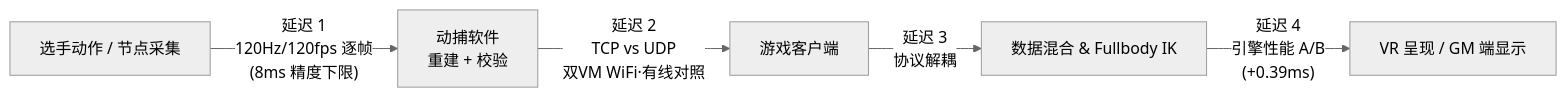
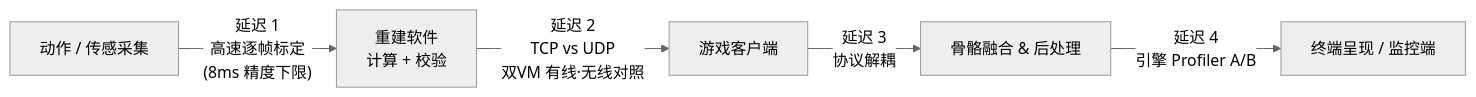
The diagram in 04-systems-benchmark-and-governance/README.md (feng46430-cloud/ai-engineering-portfolio), drawn with Mermaid (neutral theme) before and after one commit. The commit also changed other lines of this file and 14 other files, not shown here.

````diff
--- a/04-systems-benchmark-and-governance/README.md
+++ b/04-systems-benchmark-and-governance/README.md
@@ -24,7 +30,7 @@
 ```mermaid
 flowchart LR
-    P["选手动作 / 节点采集"] -- "延迟 1<br/>120Hz/120fps 逐帧<br/>(8ms 精度下限)" --> SW["动捕软件<br/>重建 + 校验"]
-    SW -- "延迟 2<br/>TCP vs UDP<br/>双VM WiFi·有线对照" --> G["游戏客户端"]
-    G -- "延迟 3<br/>协议解耦" --> IK["数据混合 & Fullbody IK"]
-    IK -- "延迟 4<br/>引擎性能 A/B<br/>(+0.39ms)" --> VR["VR 呈现 / GM 端显示"]
+    P["动作 / 传感采集"] -- "延迟 1<br/>高速逐帧标定<br/>(8ms 精度下限)" --> SW["重建软件<br/>计算 + 校验"]
+    SW -- "延迟 2<br/>TCP vs UDP<br/>双VM 有线·无线对照" --> G["游戏客户端"]
+    G -- "延迟 3<br/>协议解耦" --> IK["骨骼融合 & 后处理"]
+    IK -- "延迟 4<br/>引擎 Profiler A/B" --> VR["终端呈现 / 监控端"]
 ```
````
